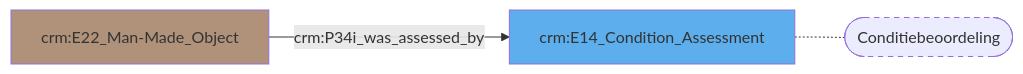
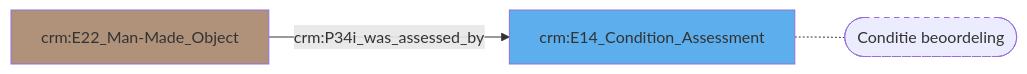
Before and after one commit to digipolisantwerpdocumentation/antwerp-cultureel-erfgoed: the diagram in docs/content/modellen/BibliographicalItem/FysiekeKenmerken.md, drawn with Mermaid. The commit also changed 32 other files, not shown here.

````diff
--- a/docs/content/modellen/BibliographicalItem/FysiekeKenmerken.md
+++ b/docs/content/modellen/BibliographicalItem/FysiekeKenmerken.md
@@ -1,8 +1,8 @@
 ```mermaid
 graph LR
+099f196c-df80-11ed-9232-00163e71351b["crm:E22_Man-Made_Object"]-->|"crm:P34i_was_assessed_by"|d0818f0c-62c4-11ee-b0c4-00163e71351b["crm:E14_Condition_Assessment"]
+d0818f0c-62c4-11ee-b0c4-00163e71351b["crm:E14_Condition_Assessment"]-.-d0818f0c-62c4-11ee-b0c4-00163e71351b_s(["Conditie beoordeling"])
 style d0818f0c-62c4-11ee-b0c4-00163e71351b_s stroke-dasharray: 5
 style 099f196c-df80-11ed-9232-00163e71351b fill:#B0927A
 style d0818f0c-62c4-11ee-b0c4-00163e71351b fill:#5DAEEC
-099f196c-df80-11ed-9232-00163e71351b["crm:E22_Man-Made_Object"]-->|"crm:P34i_was_assessed_by"|d0818f0c-62c4-11ee-b0c4-00163e71351b["crm:E14_Condition_Assessment"]
-d0818f0c-62c4-11ee-b0c4-00163e71351b["crm:E14_Condition_Assessment"]-.-d0818f0c-62c4-11ee-b0c4-00163e71351b_s(["Conditiebeoordeling"])
 ```
````
